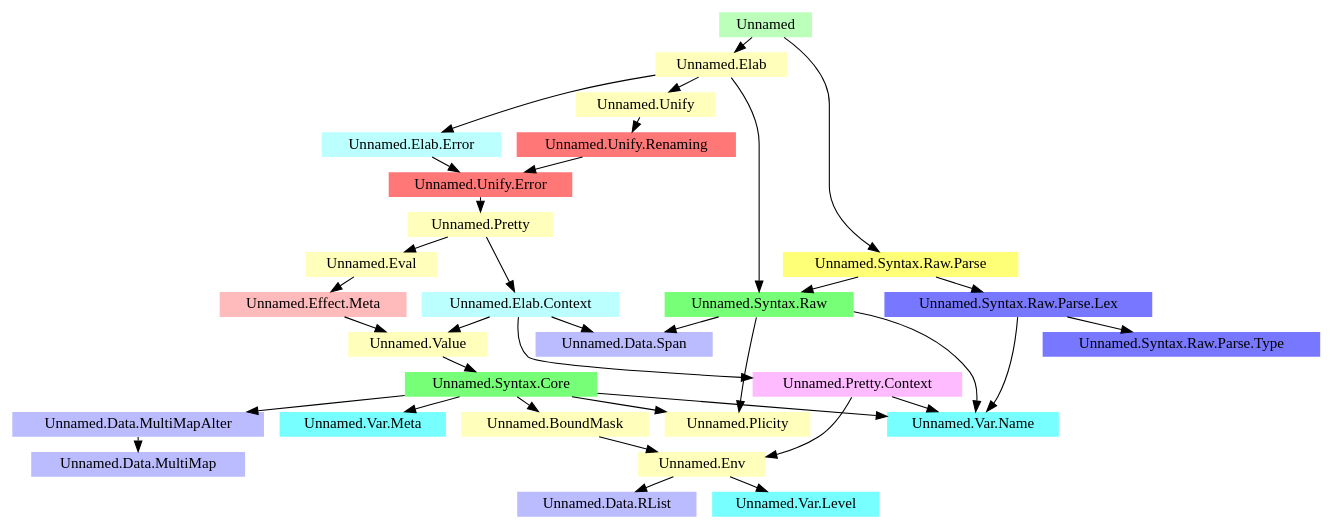
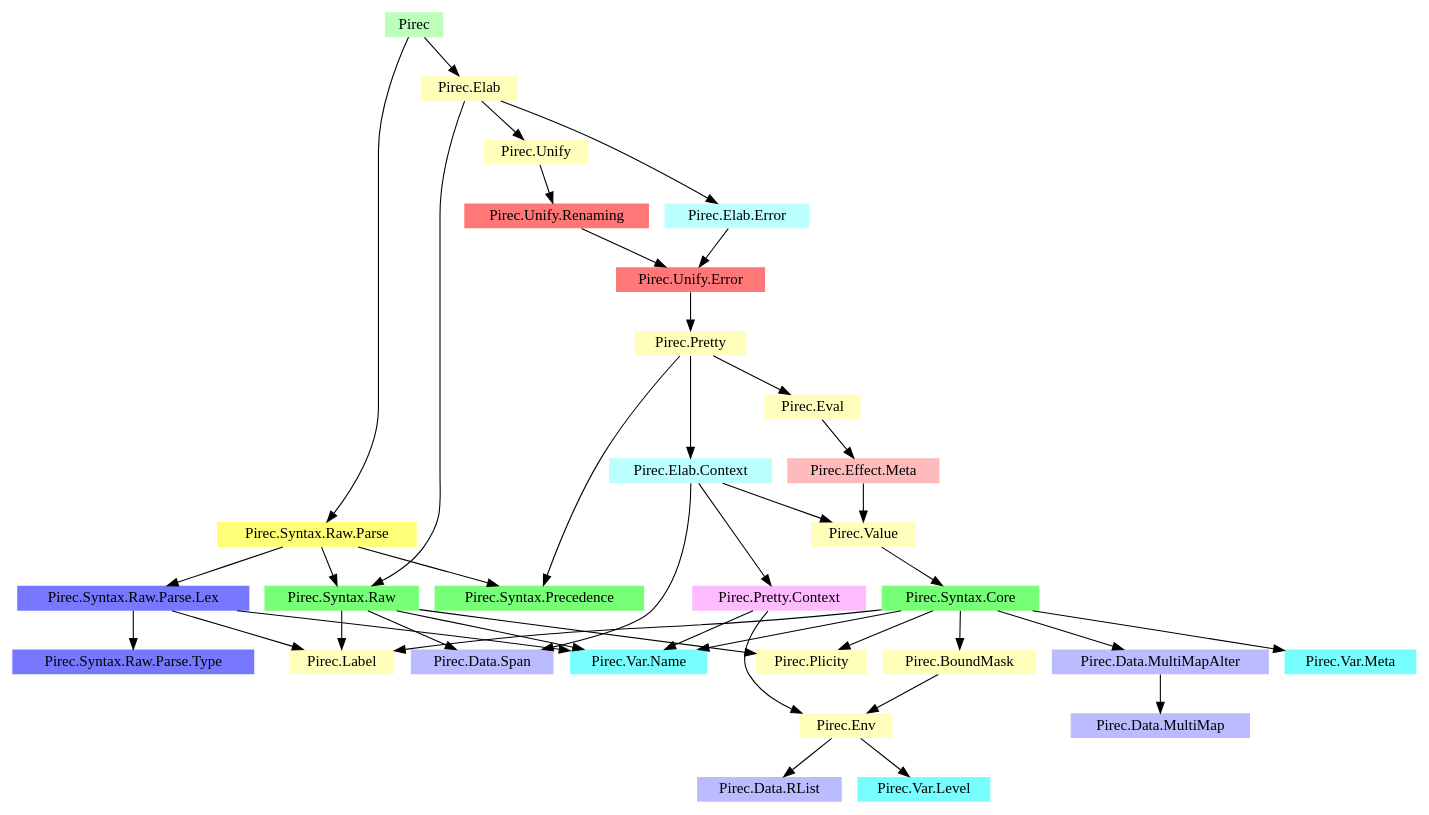
Before and after one commit to szumixie/bsc-thesis: the diagram in graphs/modules.dot, drawn with Graphviz. The commit also changed 10 other files, not shown here.

```diff
--- a/graphs/modules.dot
+++ b/graphs/modules.dot
@@ -1,67 +1,74 @@
 digraph G {
-graph[nodesep=0.2,ranksep=0.2];
+graph[nodesep=0.2];
 node[shape=none,height=0];
-u0[fillcolor="#bbffbb",style="filled",label="Unnamed"];
-u22[fillcolor="#ffffbb",style="filled",label="Unnamed.Unify"];
-u20[fillcolor="#ffffbb",style="filled",label="Unnamed.Eval"];
-u19[fillcolor="#ffffbb",style="filled",label="Unnamed.Pretty"];
-u13[fillcolor="#ffffbb",style="filled",label="Unnamed.Elab"];
-u10[fillcolor="#ffffbb",style="filled",label="Unnamed.BoundMask"];
-u8[fillcolor="#ffffbb",style="filled",label="Unnamed.Plicity"];
-u5[fillcolor="#ffffbb",style="filled",label="Unnamed.Env"];
-u2[fillcolor="#ffffbb",style="filled",label="Unnamed.Value"];
-u15[fillcolor="#bbbbff",style="filled",label="Unnamed.Data.Span"];
-u6[fillcolor="#bbbbff",style="filled",label="Unnamed.Data.RList"];
-u4[fillcolor="#bbbbff",style="filled",label="Unnamed.Data.MultiMapAlter"];
-u3[fillcolor="#bbbbff",style="filled",label="Unnamed.Data.MultiMap"];
-u1[fillcolor="#ffbbbb",style="filled",label="Unnamed.Effect.Meta"];
-u18[fillcolor="#bbffff",style="filled",label="Unnamed.Elab.Error"];
-u16[fillcolor="#bbffff",style="filled",label="Unnamed.Elab.Context"];
-u17[fillcolor="#ffbbff",style="filled",label="Unnamed.Pretty.Context"];
-u14[fillcolor="#77ff77",style="filled",label="Unnamed.Syntax.Raw"];
-u9[fillcolor="#77ff77",style="filled",label="Unnamed.Syntax.Core"];
-u24[fillcolor="#ffff77",style="filled",label="Unnamed.Syntax.Raw.Parse"];
-u26[fillcolor="#7777ff",style="filled",label="Unnamed.Syntax.Raw.Parse.Type"];
-u25[fillcolor="#7777ff",style="filled",label="Unnamed.Syntax.Raw.Parse.Lex"];
-u23[fillcolor="#ff7777",style="filled",label="Unnamed.Unify.Renaming"];
-u21[fillcolor="#ff7777",style="filled",label="Unnamed.Unify.Error"];
-u12[fillcolor="#77ffff",style="filled",label="Unnamed.Var.Name"];
-u11[fillcolor="#77ffff",style="filled",label="Unnamed.Var.Meta"];
-u7[fillcolor="#77ffff",style="filled",label="Unnamed.Var.Level"];
-u0 -> u13;
-u0 -> u24;
+u0[fillcolor="#bbffbb",style="filled",label="Pirec"];
+u24[fillcolor="#ffffbb",style="filled",label="Pirec.Unify"];
+u22[fillcolor="#ffffbb",style="filled",label="Pirec.Eval"];
+u20[fillcolor="#ffffbb",style="filled",label="Pirec.Pretty"];
+u14[fillcolor="#ffffbb",style="filled",label="Pirec.Elab"];
+u11[fillcolor="#ffffbb",style="filled",label="Pirec.BoundMask"];
+u9[fillcolor="#ffffbb",style="filled",label="Pirec.Plicity"];
+u8[fillcolor="#ffffbb",style="filled",label="Pirec.Label"];
+u5[fillcolor="#ffffbb",style="filled",label="Pirec.Env"];
+u2[fillcolor="#ffffbb",style="filled",label="Pirec.Value"];
+u16[fillcolor="#bbbbff",style="filled",label="Pirec.Data.Span"];
+u6[fillcolor="#bbbbff",style="filled",label="Pirec.Data.RList"];
+u4[fillcolor="#bbbbff",style="filled",label="Pirec.Data.MultiMapAlter"];
+u3[fillcolor="#bbbbff",style="filled",label="Pirec.Data.MultiMap"];
+u1[fillcolor="#ffbbbb",style="filled",label="Pirec.Effect.Meta"];
+u19[fillcolor="#bbffff",style="filled",label="Pirec.Elab.Error"];
+u17[fillcolor="#bbffff",style="filled",label="Pirec.Elab.Context"];
+u18[fillcolor="#ffbbff",style="filled",label="Pirec.Pretty.Context"];
+u21[fillcolor="#77ff77",style="filled",label="Pirec.Syntax.Precedence"];
+u15[fillcolor="#77ff77",style="filled",label="Pirec.Syntax.Raw"];
+u10[fillcolor="#77ff77",style="filled",label="Pirec.Syntax.Core"];
+u26[fillcolor="#ffff77",style="filled",label="Pirec.Syntax.Raw.Parse"];
+u28[fillcolor="#7777ff",style="filled",label="Pirec.Syntax.Raw.Parse.Type"];
+u27[fillcolor="#7777ff",style="filled",label="Pirec.Syntax.Raw.Parse.Lex"];
+u25[fillcolor="#ff7777",style="filled",label="Pirec.Unify.Renaming"];
+u23[fillcolor="#ff7777",style="filled",label="Pirec.Unify.Error"];
+u13[fillcolor="#77ffff",style="filled",label="Pirec.Var.Name"];
+u12[fillcolor="#77ffff",style="filled",label="Pirec.Var.Meta"];
+u7[fillcolor="#77ffff",style="filled",label="Pirec.Var.Level"];
+u0 -> u14;
+u0 -> u26;
 u1 -> u2;
-u2 -> u9;
+u2 -> u10;
 u4 -> u3;
 u5 -> u6;
 u5 -> u7;
-u9 -> u4;
-u9 -> u8;
-u9 -> u10;
-u9 -> u11;
-u9 -> u12;
-u10 -> u5;
-u13 -> u14;
-u13 -> u18;
-u13 -> u22;
-u14 -> u8;
-u14 -> u12;
+u10 -> u4;
+u10 -> u8;
+u10 -> u9;
+u10 -> u11;
+u10 -> u12;
+u10 -> u13;
+u11 -> u5;
 u14 -> u15;
-u16 -> u2;
-u16 -> u15;
-u16 -> u17;
-u17 -> u5;
-u17 -> u12;
-u18 -> u21;
-u19 -> u16;
-u19 -> u20;
-u20 -> u1;
-u21 -> u19;
-u22 -> u23;
-u23 -> u21;
-u24 -> u14;
+u14 -> u19;
+u14 -> u24;
+u15 -> u8;
+u15 -> u9;
+u15 -> u13;
+u15 -> u16;
+u17 -> u2;
+u17 -> u16;
+u17 -> u18;
+u18 -> u5;
+u18 -> u13;
+u19 -> u23;
+u20 -> u17;
+u20 -> u21;
+u20 -> u22;
+u22 -> u1;
+u23 -> u20;
 u24 -> u25;
-u25 -> u12;
-u25 -> u26;
+u25 -> u23;
+u26 -> u15;
+u26 -> u21;
+u26 -> u27;
+u27 -> u8;
+u27 -> u13;
+u27 -> u28;
 
 }
```
